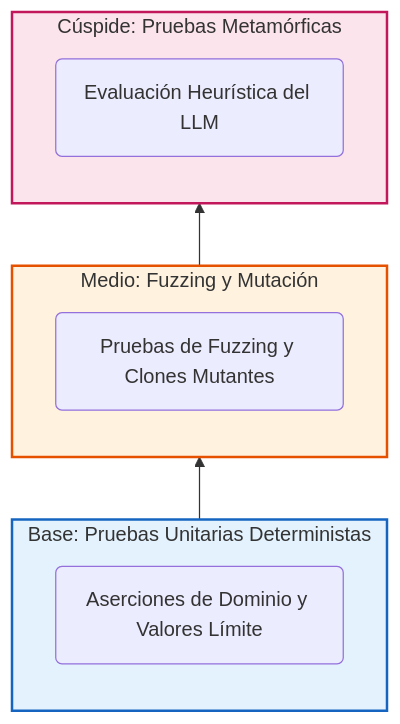
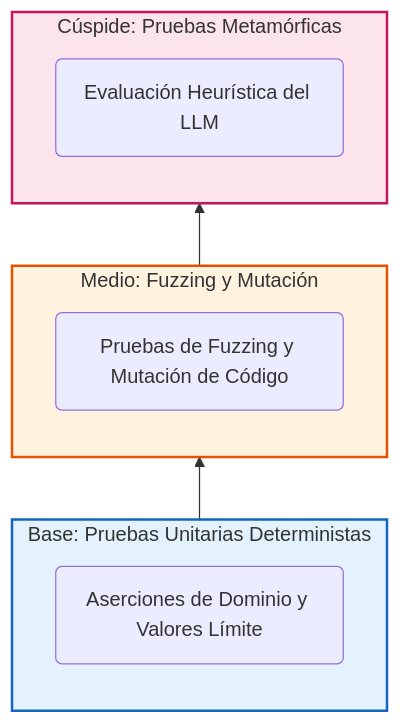
Before and after one commit to JesusSolisOrtega/agentic-deployer: diagram 17 of 19 in TFM_Completo.md, drawn with Mermaid. The commit also changed other lines of this file and 15 other files, not shown here.

````diff
--- a/TFM_Completo.md
+++ b/TFM_Completo.md
@@ -1875,30 +1894,30 @@
 ```mermaid
 flowchart BT
   %% Base de la pirámide
   subgraph Base [Base: Pruebas Unitarias Deterministas]
     direction BT
     U(Aserciones de Dominio y Valores Límite)
   end
 
   %% Estrato Medio
   subgraph Medio [Medio: Fuzzing y Mutación]
     direction BT
-    F(Pruebas de Fuzzing y Clones Mutantes)
+    F(Pruebas de Fuzzing y Mutación de Código)
   end
 
   %% Cúspide
   subgraph Cuspide [Cúspide: Pruebas Metamórficas]
     direction BT
     M(Evaluación Heurística del LLM)
   end
 
   Base --> Medio --> Cuspide
 
   classDef base fill:#e3f2fd,stroke:#1565c0,stroke-width:2px;
   classDef mid fill:#fff3e0,stroke:#e65100,stroke-width:2px;
   classDef top fill:#fce4ec,stroke:#c2185b,stroke-width:2px;
 
   class Base base;
   class Medio mid;
   class Cuspide top;
 ```
````
